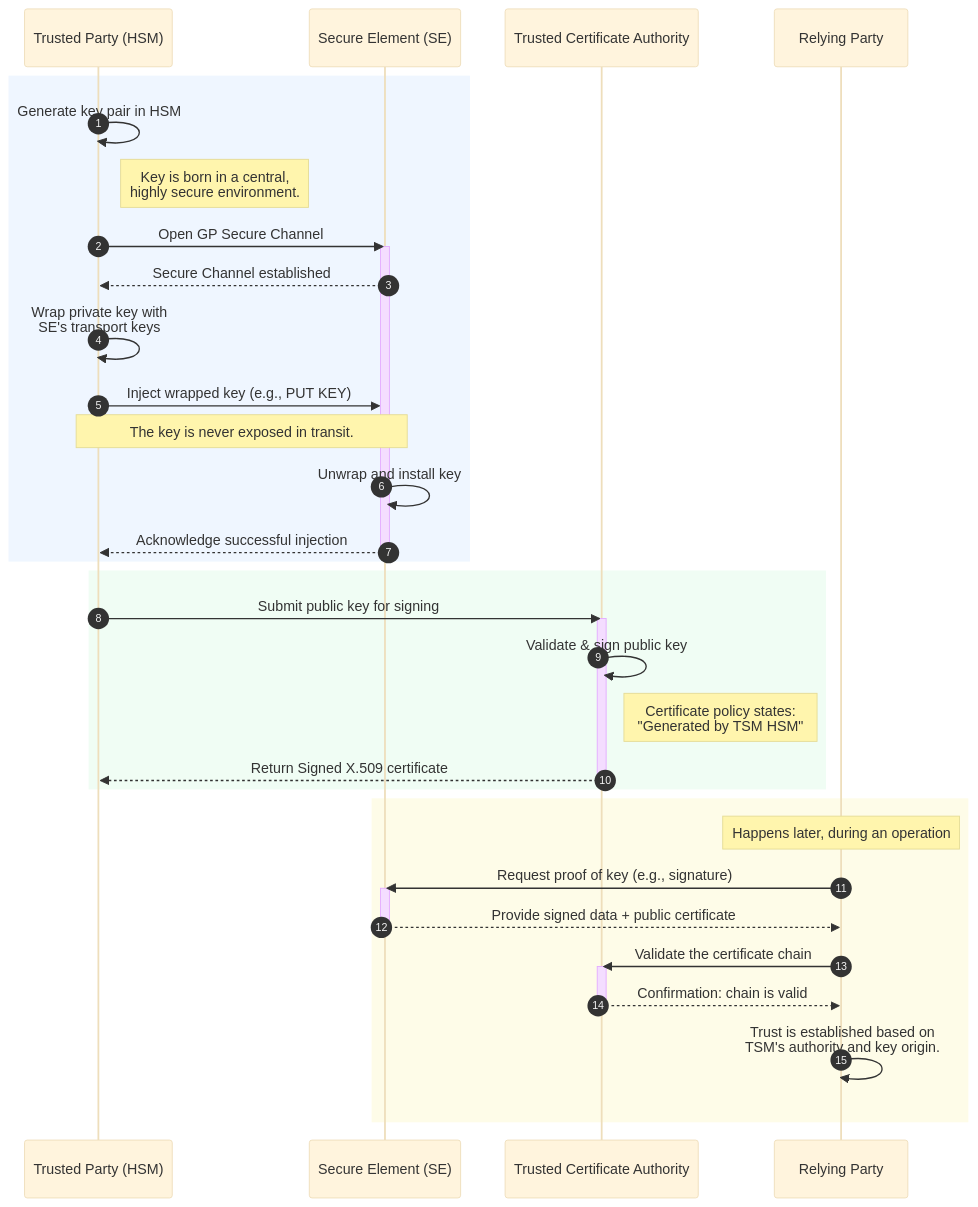
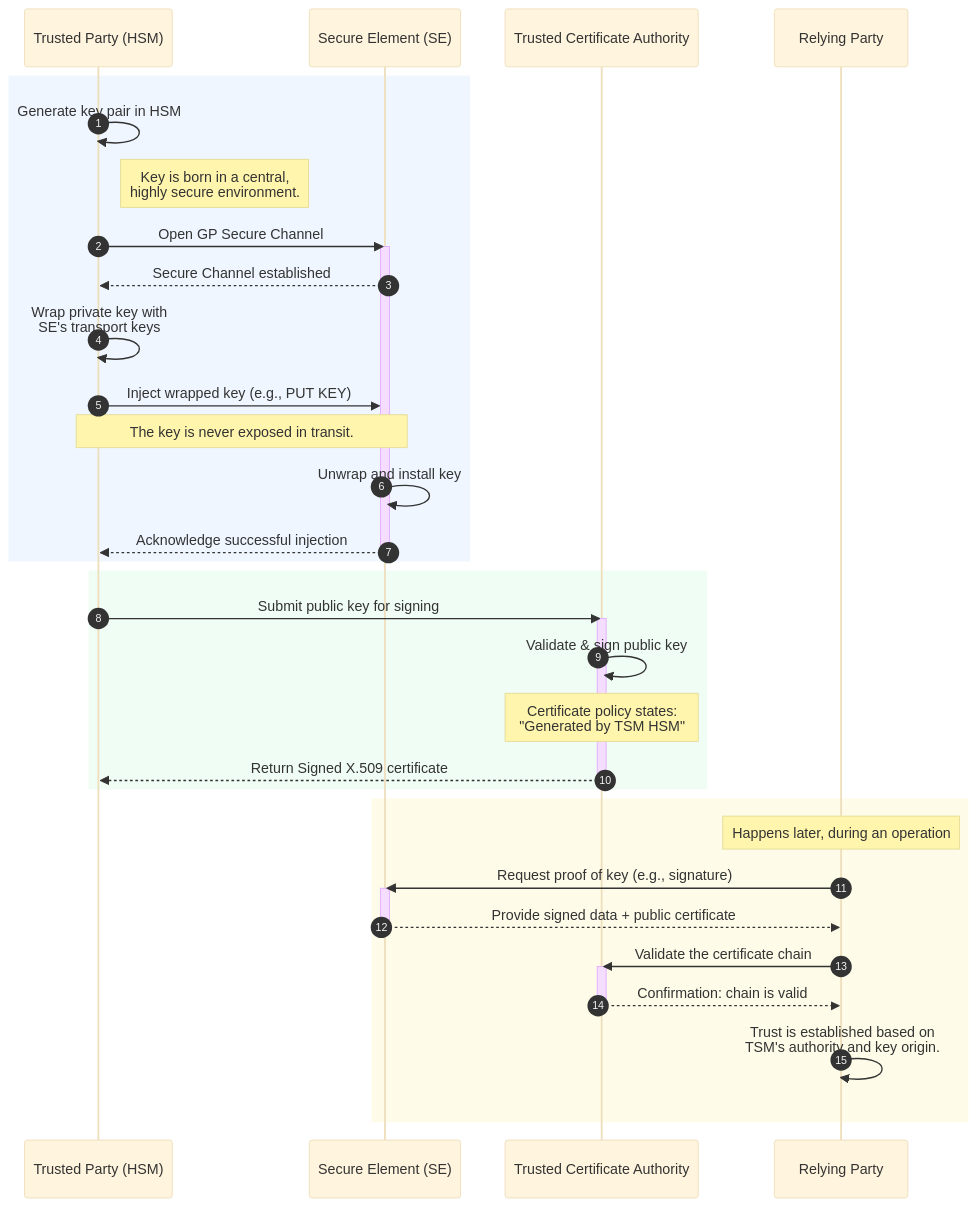
One commit to nnworkspace/android-key-attestation changed the second of 2 diagrams in slides.md. Above: the diagram before and after it, drawn with Mermaid (base theme). The commit also changed other lines of this file, not shown here.

Commit message:
adjust notes position in mermaid diagrams.

````diff
--- a/slides.md
+++ b/slides.md
@@ -260,51 +260,51 @@
 ```mermaid
 sequenceDiagram
     autonumber
     participant TSM as Trusted Party (HSM)
     participant SE as Secure Element (SE)
     participant CA as Trusted Certificate Authority
     participant RP as Relying Party
 
     %% -- 1. Central Key Generation & Secure Injection --
     rect rgb(239, 246, 255)
         TSM->>TSM: Generate key pair in HSM
         note right of TSM: Key is born in a central,<br/>highly secure environment.
 
         TSM->>SE: Open GP Secure Channel
         activate SE
         SE-->>TSM: Secure Channel established
 
         TSM->>TSM: Wrap private key with<br/>SE's transport keys
         TSM->>SE: Inject wrapped key (e.g., PUT KEY)
         note over TSM, SE: The key is never exposed in transit.
         SE->>SE: Unwrap and install key
         SE-->>TSM: Acknowledge successful injection
         deactivate SE
     end
 
     %% -- 2. Certificate Issuance --
     rect rgb(240, 253, 244)
         TSM->>CA: Submit public key for signing
         activate CA
         CA->>CA: Validate & sign public key
-        note right of CA: Certificate policy states:<br/>"Generated by TSM HSM"
+        note over CA: Certificate policy states:<br/>"Generated by TSM HSM"
         CA-->>TSM: Return Signed X.509 certificate
         deactivate CA
     end
 
     %% -- 3. Later Validation by a Relying Party --
     rect rgb(254, 252, 232)
         note over RP: Happens later, during an operation
         RP->>SE: Request proof of key (e.g., signature)
         activate SE
         SE-->>RP: Provide signed data + public certificate
         deactivate SE
 
         RP->>CA: Validate the certificate chain
         activate CA
         CA-->>RP: Confirmation: chain is valid
         deactivate CA
 
         RP->>RP: Trust is established based on<br/>TSM's authority and key origin.
     end
 ```
````
